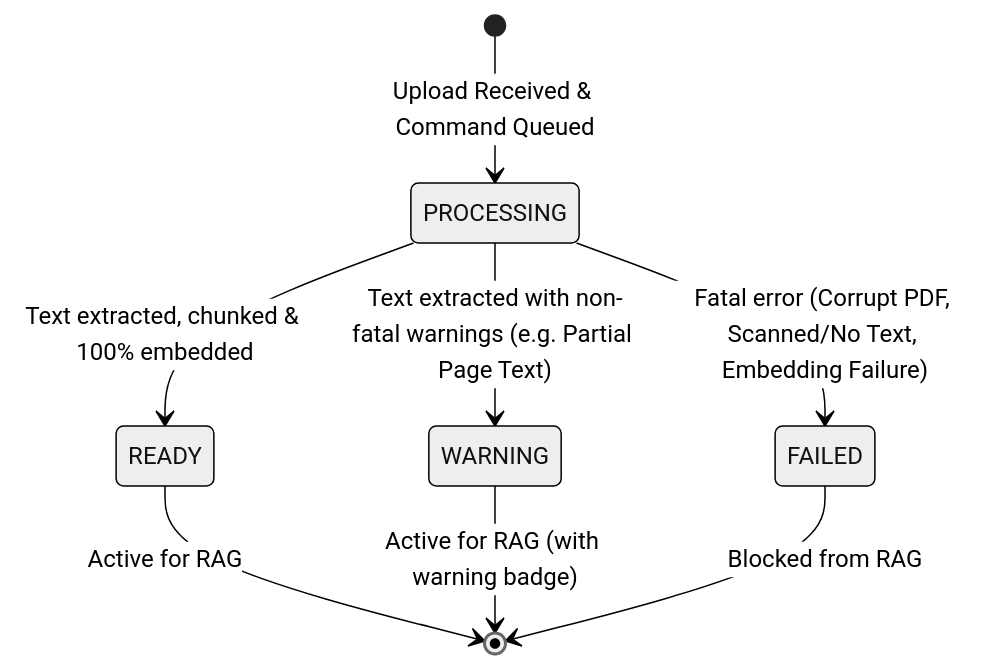
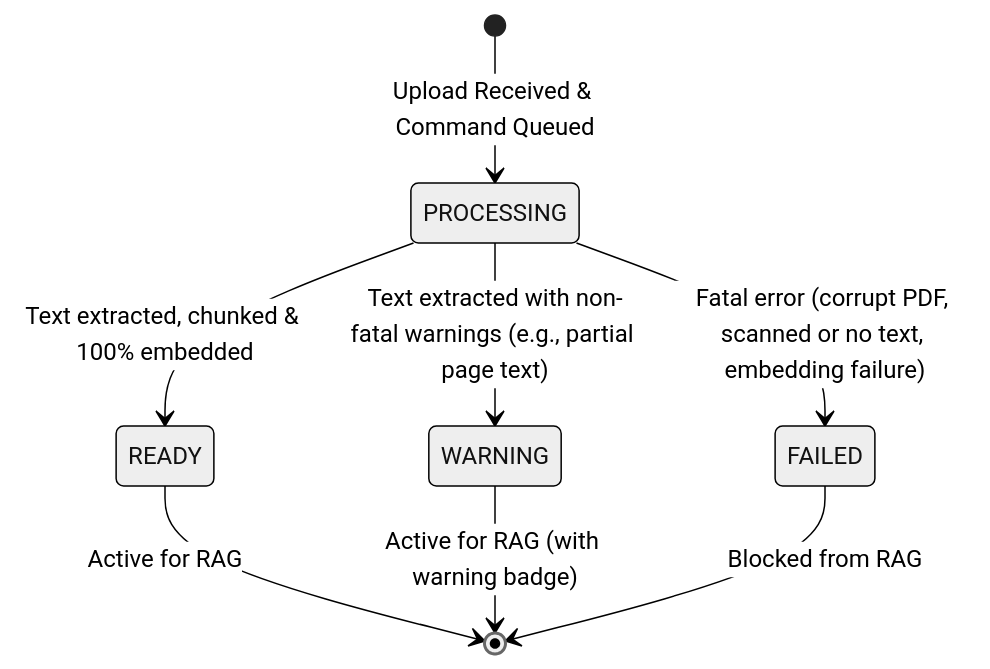
The third of 3 diagrams in docs/developer-guide/09-materials-ingestion-and-storage.md (MahmoudAhmed184/Morshid), drawn with Mermaid (neutral theme) before and after one commit. The commit also changed other lines of this file and 17 other files, not shown here.

````diff
--- a/docs/developer-guide/09-materials-ingestion-and-storage.md
+++ b/docs/developer-guide/09-materials-ingestion-and-storage.md
@@ -135,12 +135,12 @@
 ```mermaid
 stateDiagram-v2
     [*] --> PROCESSING: Upload Received & Command Queued
     
     PROCESSING --> READY: Text extracted, chunked & 100% embedded
-    PROCESSING --> WARNING: Text extracted with non-fatal warnings (e.g. Partial Page Text)
-    PROCESSING --> FAILED: Fatal error (Corrupt PDF, Scanned/No Text, Embedding Failure)
+    PROCESSING --> WARNING: Text extracted with non-fatal warnings (e.g., partial page text)
+    PROCESSING --> FAILED: Fatal error (corrupt PDF, scanned or no text, embedding failure)
     
     READY --> [*]: Active for RAG
     WARNING --> [*]: Active for RAG (with warning badge)
     FAILED --> [*]: Blocked from RAG
 ```
````
